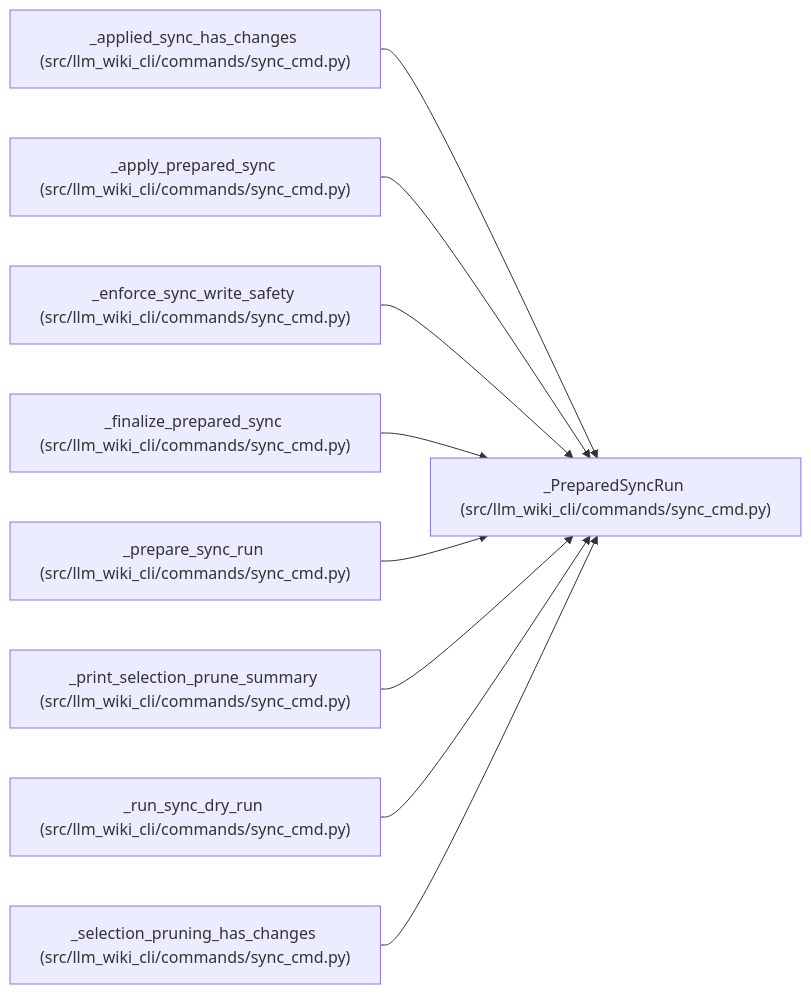
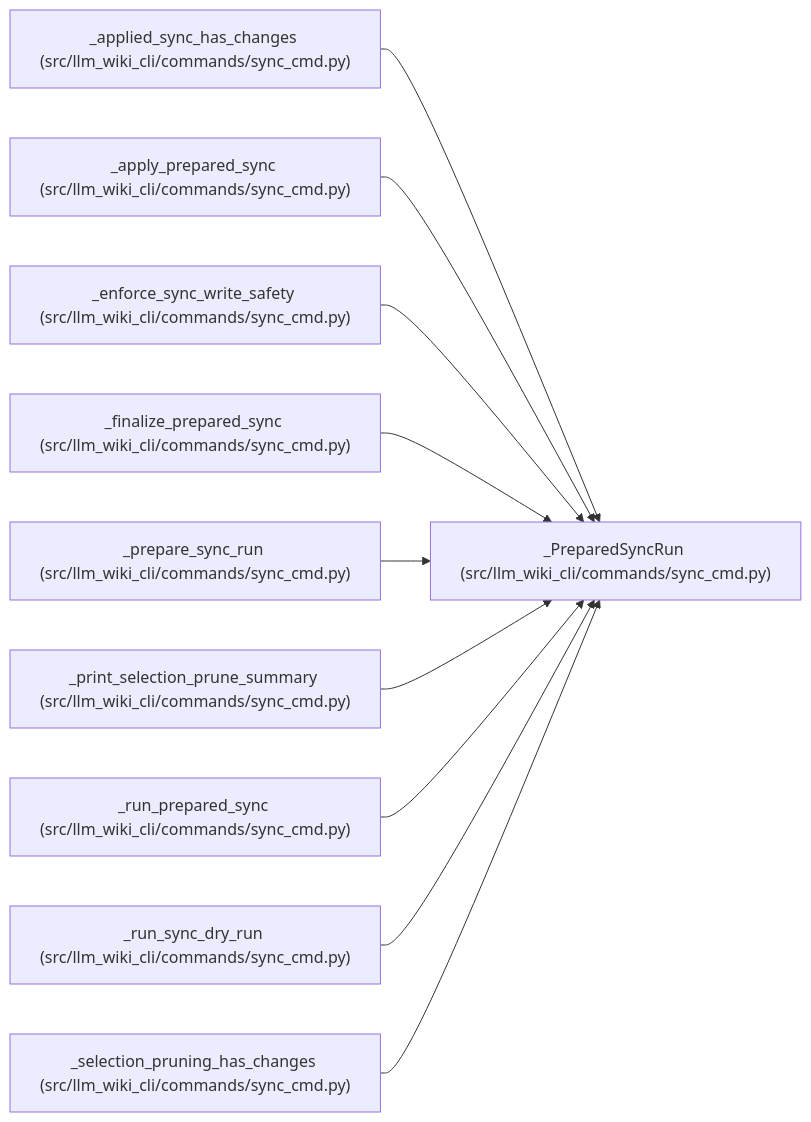
The diagram in docs/llm_wiki/entities/PreparedSyncRun.md (Denissvgn/python-wiki-llm), drawn with Mermaid before and after one commit. The commit also changed other lines of this file and 490 other files, not shown here.

````diff
--- a/docs/llm_wiki/entities/PreparedSyncRun.md
+++ b/docs/llm_wiki/entities/PreparedSyncRun.md
@@ -51,29 +53,32 @@
 ```mermaid
 flowchart LR
     n0["_PreparedSyncRun (src/llm_wiki_cli/commands/sync_cmd.py)"]
     n1["_applied_sync_has_changes (src/llm_wiki_cli/commands/sync_cmd.py)"]
     n2["_apply_prepared_sync (src/llm_wiki_cli/commands/sync_cmd.py)"]
     n3["_enforce_sync_write_safety (src/llm_wiki_cli/commands/sync_cmd.py)"]
     n4["_finalize_prepared_sync (src/llm_wiki_cli/commands/sync_cmd.py)"]
     n5["_prepare_sync_run (src/llm_wiki_cli/commands/sync_cmd.py)"]
     n6["_print_selection_prune_summary (src/llm_wiki_cli/commands/sync_cmd.py)"]
-    n7["_run_sync_dry_run (src/llm_wiki_cli/commands/sync_cmd.py)"]
-    n8["_selection_pruning_has_changes (src/llm_wiki_cli/commands/sync_cmd.py)"]
+    n7["_run_prepared_sync (src/llm_wiki_cli/commands/sync_cmd.py)"]
+    n8["_run_sync_dry_run (src/llm_wiki_cli/commands/sync_cmd.py)"]
+    n9["_selection_pruning_has_changes (src/llm_wiki_cli/commands/sync_cmd.py)"]
     n1 --> n0
     n2 --> n0
     n3 --> n0
     n4 --> n0
     n5 --> n0
     n6 --> n0
     n7 --> n0
     n8 --> n0
+    n9 --> n0
     click n0 "../modules/sync_cmd.md"
     click n1 "../modules/sync_cmd.md"
     click n2 "../modules/sync_cmd.md"
     click n3 "../modules/sync_cmd.md"
     click n4 "../modules/sync_cmd.md"
     click n5 "../modules/sync_cmd.md"
     click n6 "../modules/sync_cmd.md"
     click n7 "../modules/sync_cmd.md"
     click n8 "../modules/sync_cmd.md"
+    click n9 "../modules/sync_cmd.md"
 ```
````
